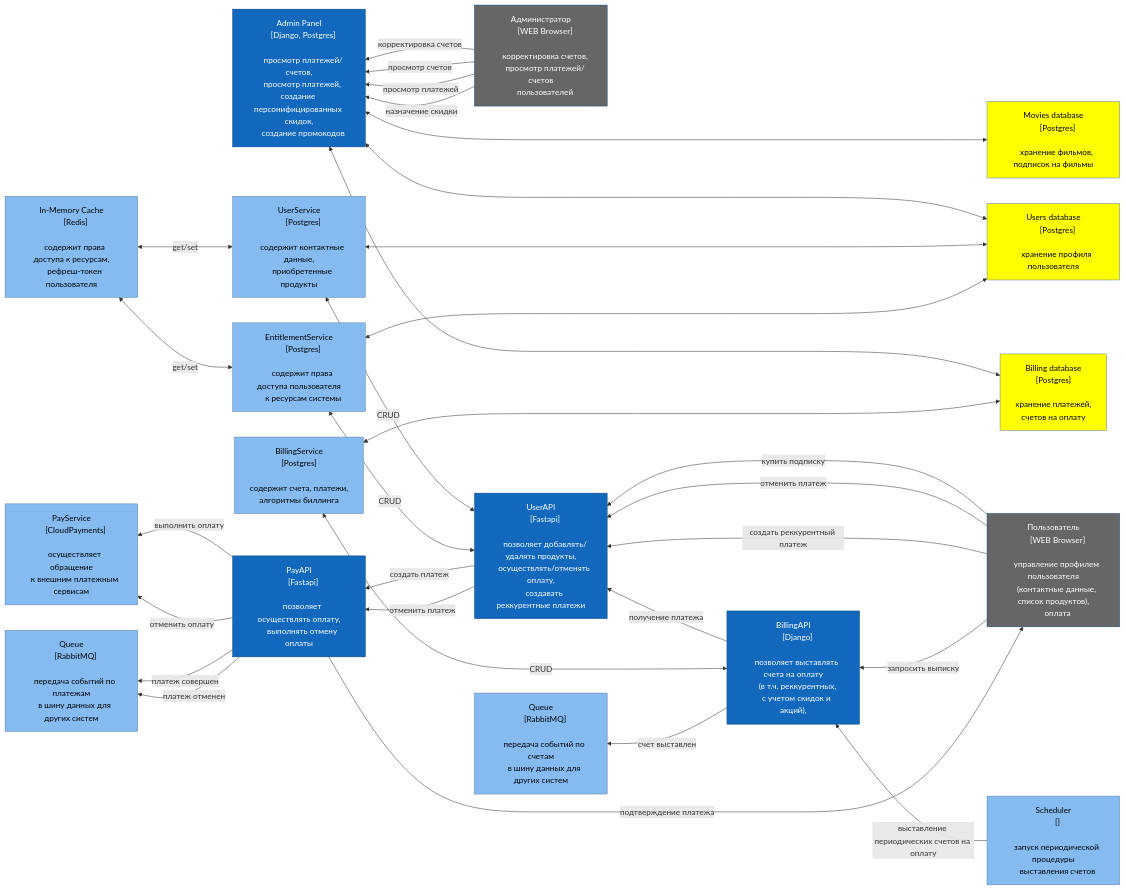
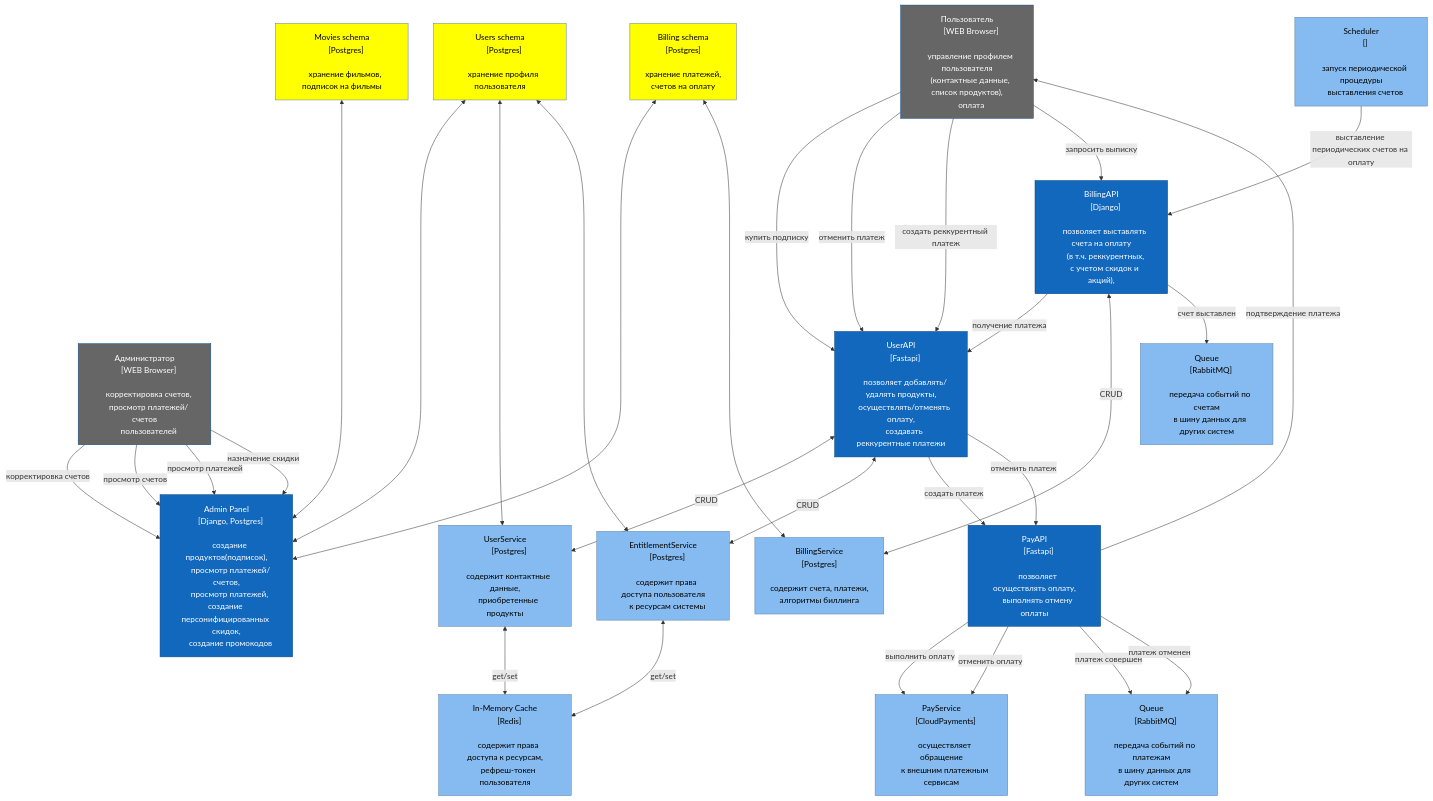
One commit to fall3nangel/Billing_Stripe changed the diagram in architecture/components.md. Above: the diagram before and after it, drawn with Mermaid. The commit also changed 3 other files, not shown here.

Commit message:
upd diagrams

````diff
--- a/architecture/components.md
+++ b/architecture/components.md
@@ -1,21 +1,21 @@
 ```mermaid
-flowchart RL
+flowchart TB
     classDef api fill:#1168bd, stroke:#0b4884, color:#ffffff
     classDef client fill:#666, stroke:#0b4884, color:#ffffff
     classDef service fill:#85bbf0, stroke:#5d82a8, color:#000000
     classDef database fill:#ffff00, stroke:#5d82a8, color:#000000
     
-    Movies["Movies database
+    Movies["Movies schema
     [Postgres]
     
     хранение фильмов, подписок на фильмы"]
     
-    Users["Users database
+    Users["Users schema
     [Postgres]
     
     хранение профиля пользователя"]
     
-    Billing["Billing database
+    Billing["Billing schema
     [Postgres]
     
     хранение платежей,
@@ -31,6 +31,7 @@
     AdminPanel["Admin Panel
     [Django, Postgres]
     
+    создание продуктов(подписок),
     просмотр платежей/счетов,
     просмотр платежей, создание персонифицированных скидок,
     создание промокодов"]
````
